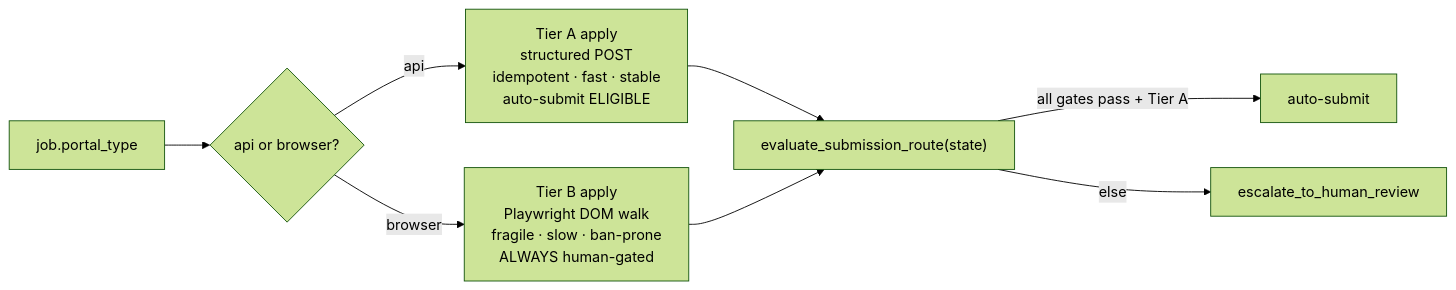
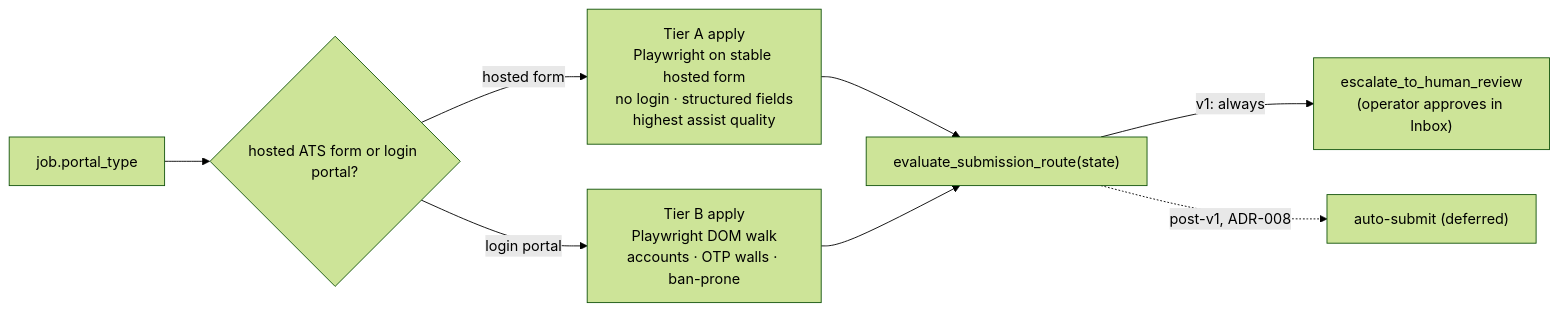
Before and after one commit to kristenmartino/aeroapply: the first of 2 diagrams in docs/CONNECTORS.md, drawn with Mermaid (forest theme). The commit also changed other lines of this file and 33 other files, not shown here.

Commit message:
ADR-008 apply-path re-scope + PII scrub with fictional test personas (#90)

````diff
--- a/docs/CONNECTORS.md
+++ b/docs/CONNECTORS.md
@@ -73,10 +75,10 @@
 ```mermaid
 flowchart LR
-  J["job.portal_type"] --> Q{api or browser?}
-  Q -->|api| A["Tier A apply\nstructured POST\nidempotent · fast · stable\nauto-submit ELIGIBLE"]
-  Q -->|browser| B["Tier B apply\nPlaywright DOM walk\nfragile · slow · ban-prone\nALWAYS human-gated"]
+  J["job.portal_type"] --> Q{hosted ATS form or login portal?}
+  Q -->|hosted form| A["Tier A apply\nPlaywright on stable hosted form\nno login · structured fields\nhighest assist quality"]
+  Q -->|login portal| B["Tier B apply\nPlaywright DOM walk\naccounts · OTP walls · ban-prone"]
   A --> G["evaluate_submission_route(state)"]
   B --> G
-  G -->|all gates pass + Tier A| AUTO["auto-submit"]
-  G -->|else| HITL["escalate_to_human_review"]
+  G -->|v1: always| HITL["escalate_to_human_review\n(operator approves in Inbox)"]
+  G -.->|post-v1, ADR-008| AUTO["auto-submit (deferred)"]
 ```
````
